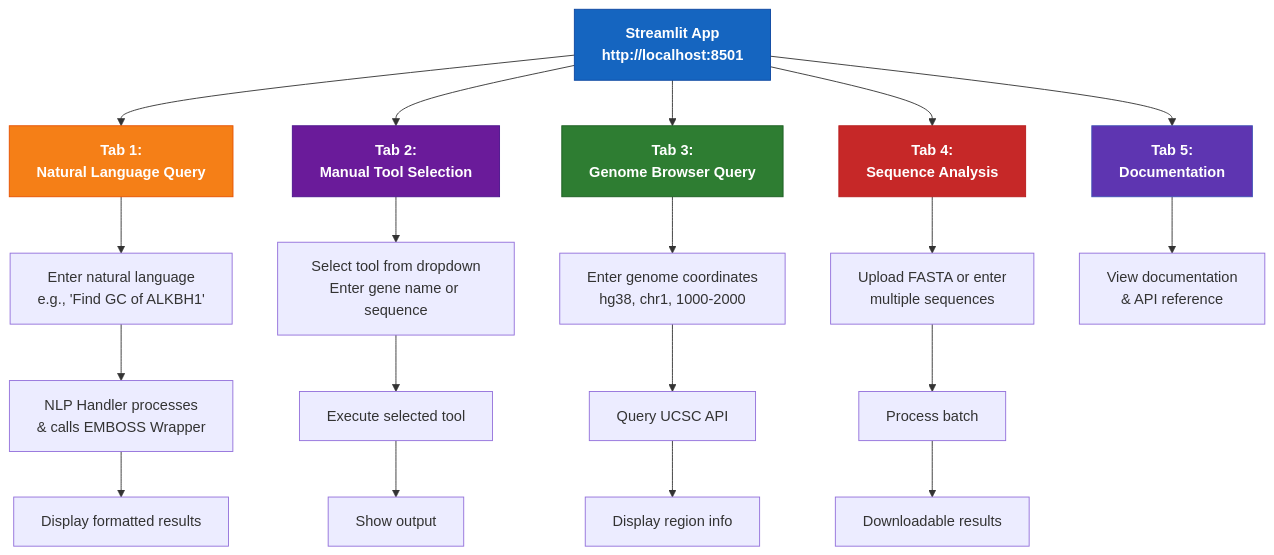
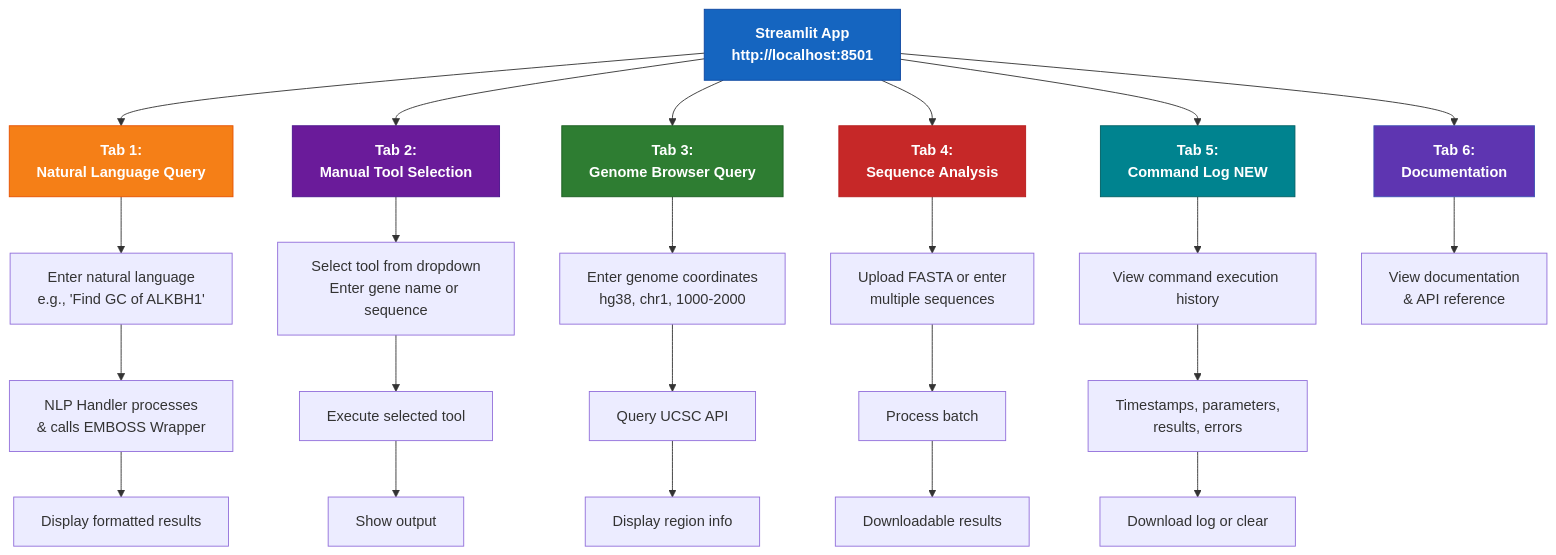
Before and after one commit to caagendaz/BME110-final: the fifth of 11 diagrams in ARCHITECTURE.md, drawn with Mermaid. The commit also changed other lines of this file and 1 other file, not shown here.

First line of the commit message:
Update documentation with new features

````diff
--- a/ARCHITECTURE.md
+++ b/ARCHITECTURE.md
@@ -152,35 +152,41 @@
 ```mermaid
 graph TB
     UI["Streamlit App<br/>http://localhost:8501"]
     
     UI --> TAB1["Tab 1:<br/>Natural Language Query"]
     UI --> TAB2["Tab 2:<br/>Manual Tool Selection"]
     UI --> TAB3["Tab 3:<br/>Genome Browser Query"]
     UI --> TAB4["Tab 4:<br/>Sequence Analysis"]
-    UI --> TAB5["Tab 5:<br/>Documentation"]
+    UI --> TAB5["Tab 5:<br/>Command Log NEW"]
+    UI --> TAB6["Tab 6:<br/>Documentation"]
     
     TAB1 --> NLP["Enter natural language<br/>e.g., 'Find GC of ALKBH1'"]
     NLP --> NLPRUN["NLP Handler processes<br/>& calls EMBOSS Wrapper"]
     NLPRUN --> NLP_OUT["Display formatted results"]
     
     TAB2 --> MANUAL["Select tool from dropdown<br/>Enter gene name or sequence"]
     MANUAL --> MANUAL_RUN["Execute selected tool"]
     MANUAL_RUN --> MANUAL_OUT["Show output"]
     
     TAB3 --> GENOME["Enter genome coordinates<br/>hg38, chr1, 1000-2000"]
     GENOME --> GENOME_RUN["Query UCSC API"]
     GENOME_RUN --> GENOME_OUT["Display region info"]
     
     TAB4 --> BATCH["Upload FASTA or enter<br/>multiple sequences"]
     BATCH --> BATCH_RUN["Process batch"]
     BATCH_RUN --> BATCH_OUT["Downloadable results"]
     
-    TAB5 --> DOCS["View documentation<br/>& API reference"]
+    TAB5 --> LOG["View command execution history"]
+    LOG --> LOG_DETAIL["Timestamps, parameters,<br/>results, errors"]
+    LOG_DETAIL --> LOG_DOWNLOAD["Download log or clear"]
+    
+    TAB6 --> DOCS["View documentation<br/>& API reference"]
     
     style UI fill:#1565c0,stroke:#0d47a1,color:#ffffff,font-weight:bold
     style TAB1 fill:#f57f17,stroke:#e65100,color:#ffffff,font-weight:bold
     style TAB2 fill:#6a1b9a,stroke:#4a148c,color:#ffffff,font-weight:bold
     style TAB3 fill:#2e7d32,stroke:#1b5e20,color:#ffffff,font-weight:bold
     style TAB4 fill:#c62828,stroke:#b71c1c,color:#ffffff,font-weight:bold
-    style TAB5 fill:#5e35b1,stroke:#3f51b5,color:#ffffff,font-weight:bold
+    style TAB5 fill:#00838f,stroke:#006064,color:#ffffff,font-weight:bold
+    style TAB6 fill:#5e35b1,stroke:#3f51b5,color:#ffffff,font-weight:bold
 ```
````
